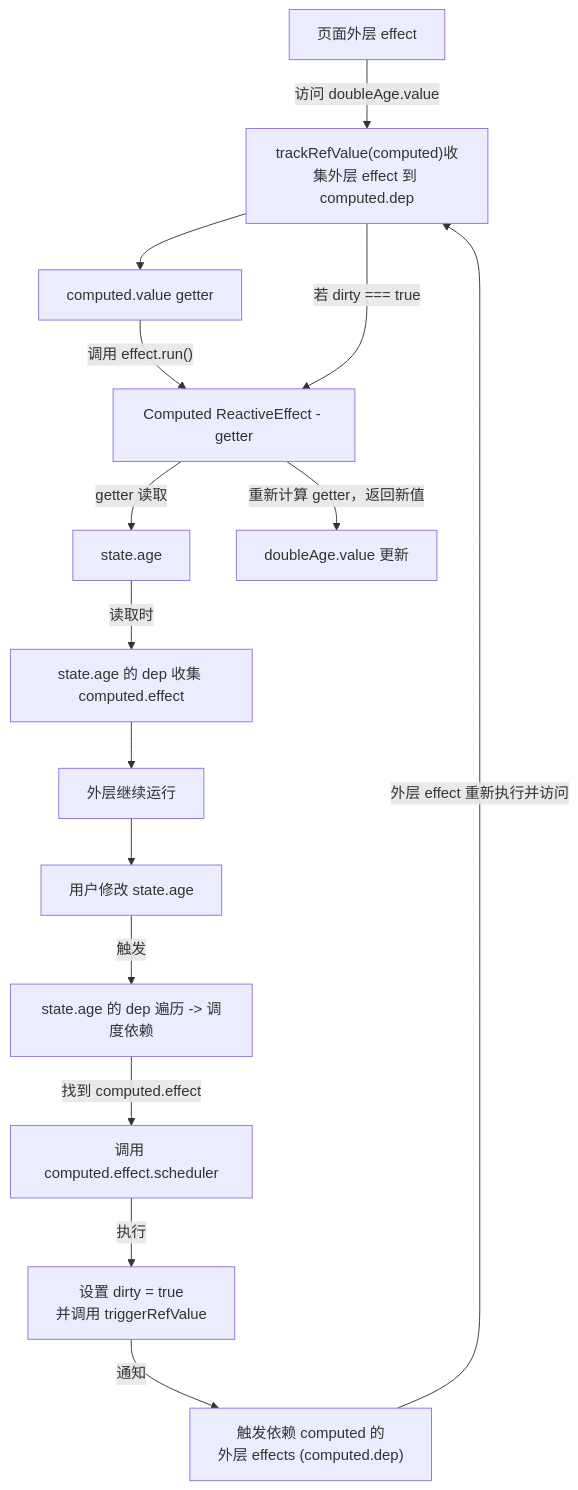
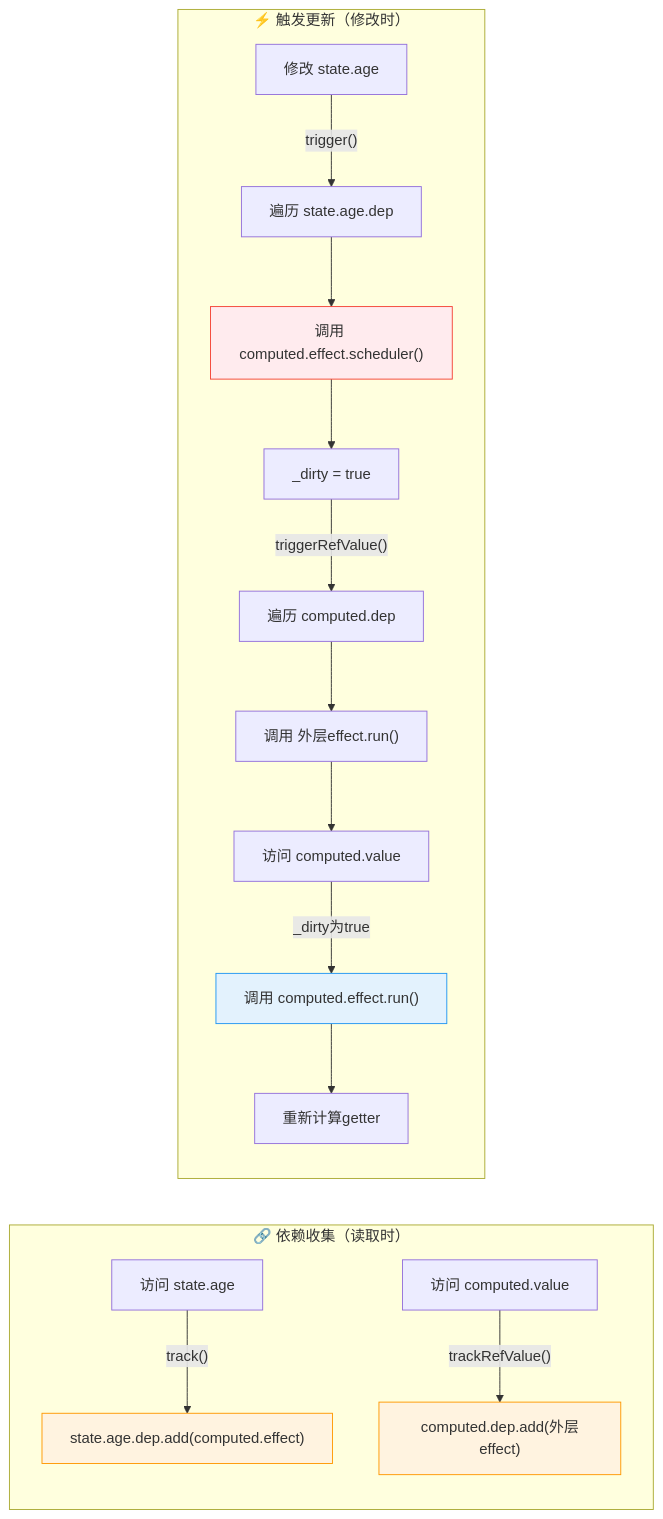
Before and after one commit to BINGWU2003/vue-next-mini: the second of 8 diagrams in docs/reactivity/computed执行流程.md, drawn with Mermaid. The commit also changed other lines of this file, not shown here.

````diff
--- a/docs/reactivity/computed执行流程.md
+++ b/docs/reactivity/computed执行流程.md
@@ -1,17 +188,25 @@
 ```mermaid
-flowchart TD
-  A["页面外层 effect"] -- "访问 doubleAge.value" --> B["trackRefValue(computed)收集外层 effect 到 computed.dep"]
-  B --> C["computed.value getter"]
-  C -- "调用 effect.run()" --> D["Computed ReactiveEffect - getter"]
-  D -- "getter 读取" --> E["state.age"]
-  E -- "读取时" --> F["state.age 的 dep 收集 computed.effect"]
-  F --> G["外层继续运行"]
-  G --> H["用户修改 state.age"]
-  H -- "触发" --> I["state.age 的 dep 遍历 -> 调度依赖"]
-  I -- "找到 computed.effect" --> J["调用 computed.effect.scheduler"]
-  J -- "执行" --> K["设置 dirty = true\n并调用 triggerRefValue"]
-  K -- "通知" --> L["触发依赖 computed 的\n外层 effects (computed.dep)"]
-  L -- "外层 effect 重新执行并访问" --> B
-  B -- "若 dirty === true" --> D
-  D -- "重新计算 getter，返回新值" --> M["doubleAge.value 更新"]
+flowchart LR
+    subgraph 依赖收集阶段["🔗 依赖收集（读取时）"]
+        direction TB
+        R1["访问 state.age"] -->|"track()"| R2["state.age.dep.add(computed.effect)"]
+        R3["访问 computed.value"] -->|"trackRefValue()"| R4["computed.dep.add(外层effect)"]
+    end
+
+    subgraph 触发更新阶段["⚡ 触发更新（修改时）"]
+        direction TB
+        T1["修改 state.age"] -->|"trigger()"| T2["遍历 state.age.dep"]
+        T2 --> T3["调用 computed.effect.scheduler()"]
+        T3 --> T4["_dirty = true"]
+        T4 -->|"triggerRefValue()"| T5["遍历 computed.dep"]
+        T5 --> T6["调用 外层effect.run()"]
+        T6 --> T7["访问 computed.value"]
+        T7 -->|"_dirty为true"| T8["调用 computed.effect.run()"]
+        T8 --> T9["重新计算getter"]
+    end
+
+    style R2 fill:#fff3e0,stroke:#ff9800
+    style R4 fill:#fff3e0,stroke:#ff9800
+    style T3 fill:#ffebee,stroke:#f44336
+    style T8 fill:#e3f2fd,stroke:#2196f3
 ```
````
